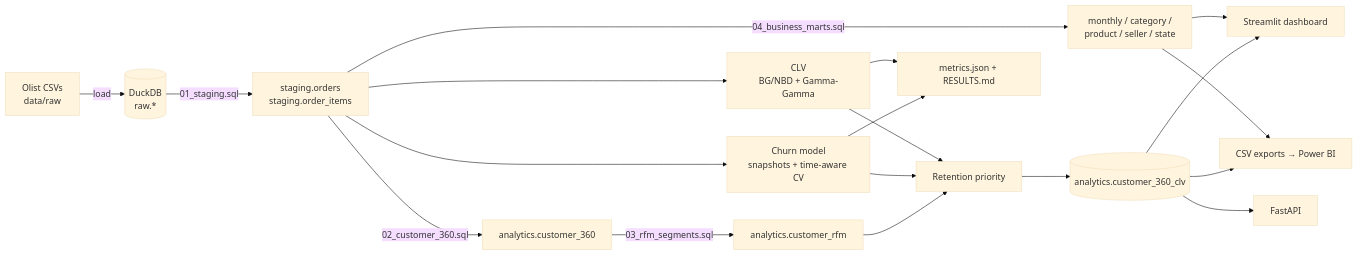
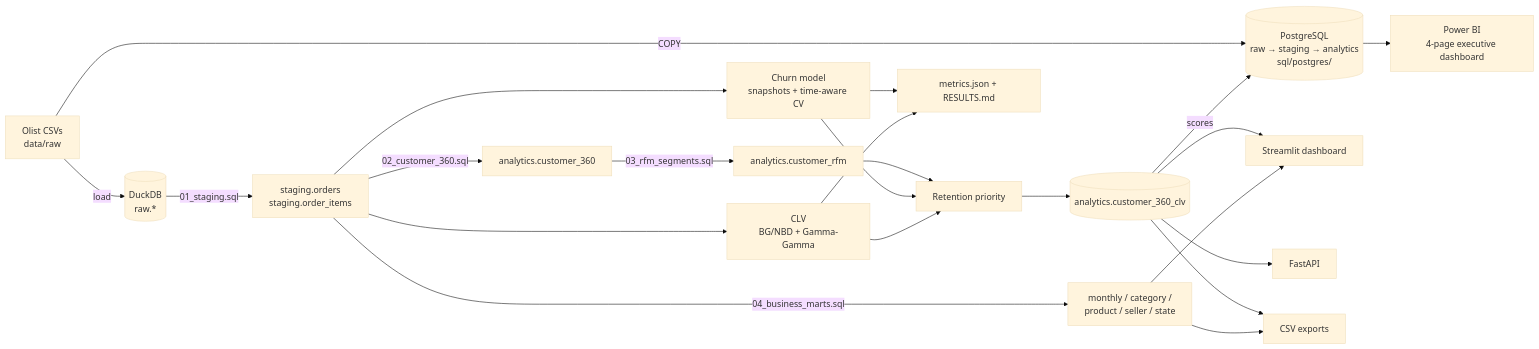
Before and after one commit to SUSHANT7628/E-commerce-Customer-Intelligence-Platform: the diagram in README.md, drawn with Mermaid (base theme). The commit also changed other lines of this file and 21 other files, not shown here.

First line of the commit message:
PostgreSQL warehouse, 7 RFM segments, raw dataset counts, Power BI guide

````diff
--- a/README.md
+++ b/README.md
@@ -26,16 +43,19 @@
 ```mermaid
 flowchart LR
-    A[Olist CSVs<br/>data/raw] -->|load| B[(DuckDB<br/>raw.*)]
+    A[Olist CSVs<br/>data/raw] -->|COPY| P[(PostgreSQL<br/>raw → staging → analytics<br/>sql/postgres/)]
+    A -->|load| B[(DuckDB<br/>raw.*)]
     B -->|01_staging.sql| C[staging.orders<br/>staging.order_items]
     C -->|02_customer_360.sql| D[analytics.customer_360]
     D -->|03_rfm_segments.sql| E[analytics.customer_rfm]
     C -->|04_business_marts.sql| F[monthly / category /<br/>product / seller / state]
     C --> G[Churn model<br/>snapshots + time-aware CV]
     C --> H[CLV<br/>BG/NBD + Gamma-Gamma]
     E & G & H --> I[Retention priority]
     I --> J[(analytics.customer_360_clv)]
     J & F --> K[Streamlit dashboard]
     J --> L[FastAPI]
-    J & F --> M[CSV exports → Power BI]
+    J -->|scores| P
+    P --> PBI[Power BI<br/>4-page executive dashboard]
+    J & F --> M[CSV exports]
     G & H --> N[metrics.json + RESULTS.md]
 ```
````
